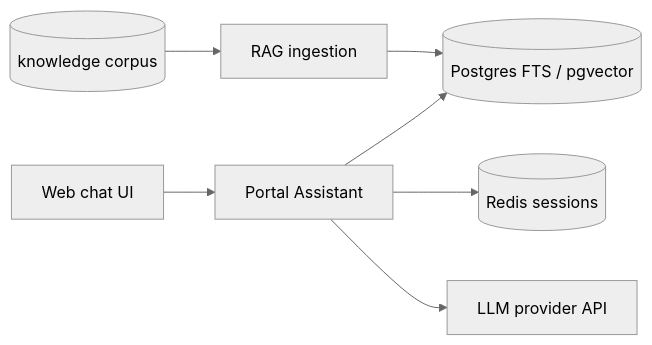
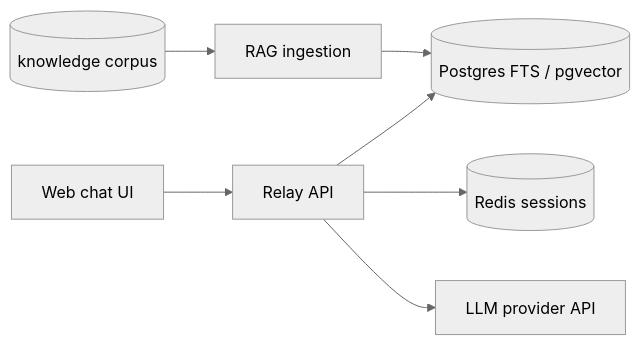
Before and after one commit to opsdevcode/relay: the diagram in README.md, drawn with Mermaid (neutral theme). The commit also changed other lines of this file and 56 other files, not shown here.

````diff
--- a/README.md
+++ b/README.md
@@ -52,9 +52,9 @@
 ```mermaid
 flowchart LR
-  WEB[Web chat UI] --> PA[Portal Assistant]
+  WEB[Web chat UI] --> PA[Relay API]
   PA --> PG[(Postgres FTS / pgvector)]
   PA --> RD[(Redis sessions)]
   PA --> LLM[LLM provider API]
   ING[RAG ingestion] --> PG
   CORPUS[(knowledge corpus)] --> ING
 ```
````
